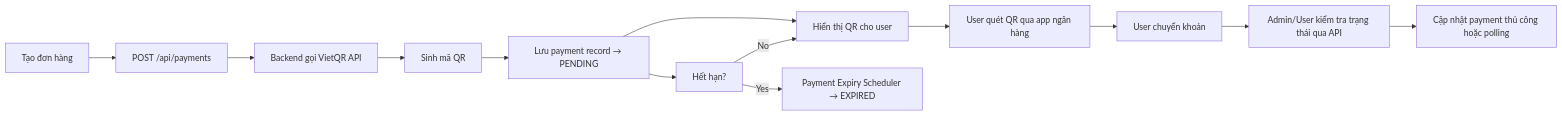
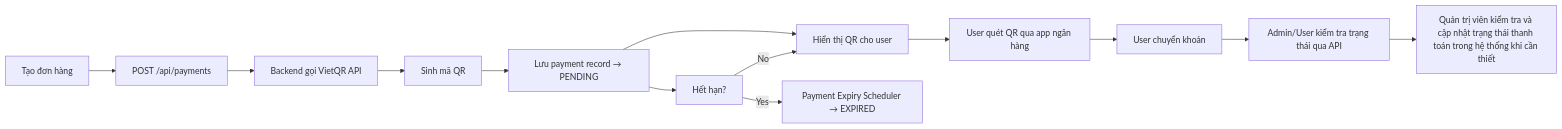
One commit to quochuy103/RIPT1307-02-2026-Nhom-02-KTHP changed the third of 5 diagrams in docs/PHAN4_BAO_CAO_KTHP.md. Above: the diagram before and after it, drawn with Mermaid. The commit also changed other lines of this file, not shown here.

Commit message:
docs: refine payment and notification wording in report

````diff
--- a/docs/PHAN4_BAO_CAO_KTHP.md
+++ b/docs/PHAN4_BAO_CAO_KTHP.md
@@ -204,15 +204,15 @@
 ```mermaid
 flowchart LR
     A[Tạo đơn hàng] --> B[POST /api/payments]
     B --> C[Backend gọi VietQR API]
     C --> D[Sinh mã QR]
     D --> E[Lưu payment record → PENDING]
     E --> F[Hiển thị QR cho user]
     F --> G[User quét QR qua app ngân hàng]
     G --> H[User chuyển khoản]
     H --> I[Admin/User kiểm tra trạng thái qua API]
-    I --> J[Cập nhật payment thủ công hoặc polling]
+    I --> J[Quản trị viên kiểm tra và cập nhật trạng thái thanh toán trong hệ thống khi cần thiết]
     E --> K[Hết hạn?]
     K -->|Yes| L[Payment Expiry Scheduler → EXPIRED]
     K -->|No| F
 ```
````
